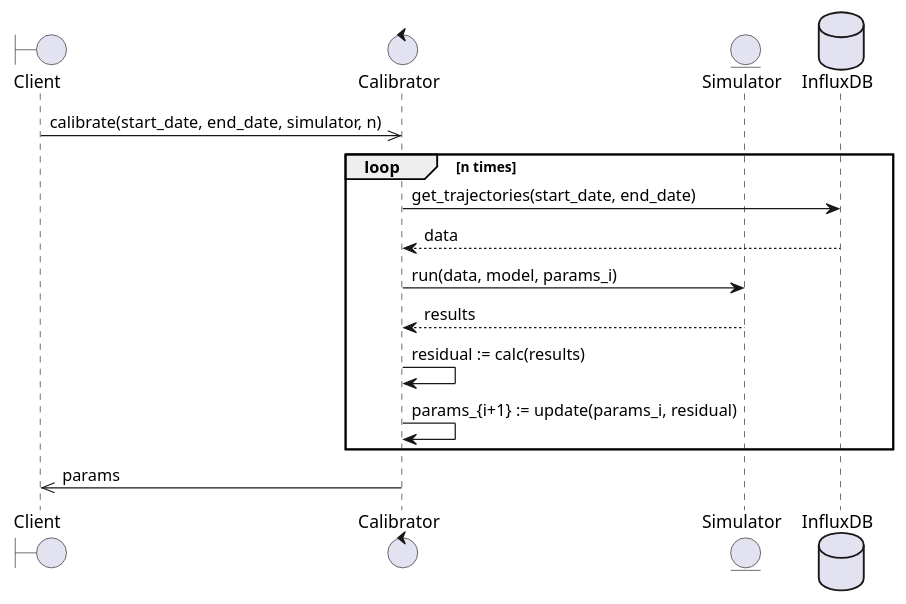
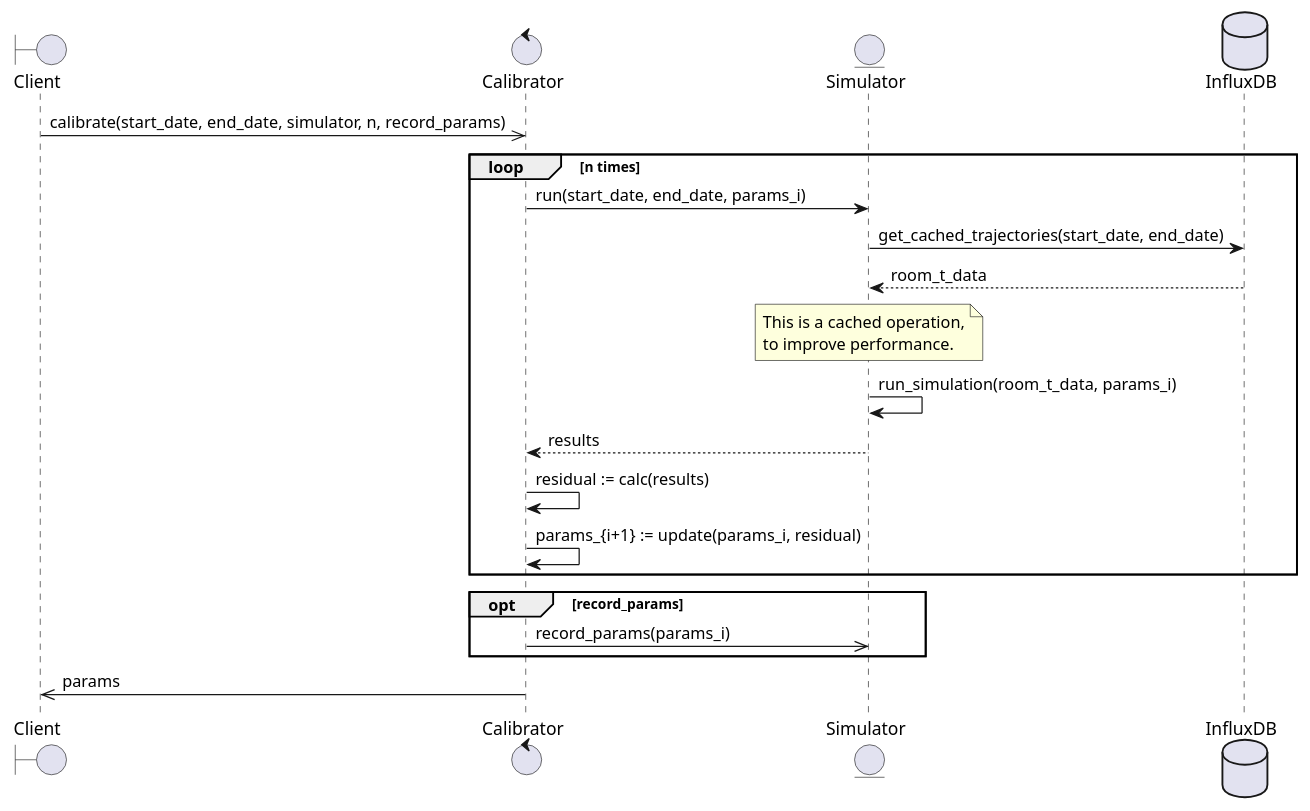
One commit to INTO-CPS-Association/example_digital-twin_incubator changed the diagram in software/docs/diagrams/calibration_sequence.puml. Above: the diagram before and after it, drawn with PlantUML. The commit also changed 5 other files, not shown here.

Commit message:
component sequence diagrams

```diff
--- a/software/docs/diagrams/calibration_sequence.puml
+++ b/software/docs/diagrams/calibration_sequence.puml
@@ -1,16 +1,24 @@
 @startuml Calibration
 boundary Client as client
 control Calibrator as cal
 entity Simulator as sim
 database InfluxDB as db
-client ->> cal: calibrate(start_date, end_date, simulator, n)
+client ->> cal: calibrate(start_date, end_date, simulator, n, record_params)
 loop n times
-  cal -> db: get_trajectories(start_date, end_date)
-  return data
-  cal -> sim: run(data, model, params_i)
+  cal -> sim: run(start_date, end_date, params_i)
+  sim -> db: get_cached_trajectories(start_date, end_date)
+  return room_t_data
+  note over sim
+    This is a cached operation,
+    to improve performance.
+  end note
+  sim -> sim: run_simulation(room_t_data, params_i)
   sim --> cal: results
   cal -> cal: residual := calc(results)
   cal -> cal: params_{i+1} := update(params_i, residual)
 end
+opt record_params
+  cal ->> sim: record_params(params_i)
+end
 cal ->> client: params
 @enduml
```
